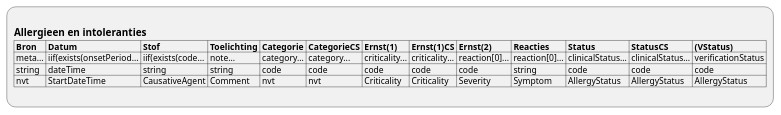
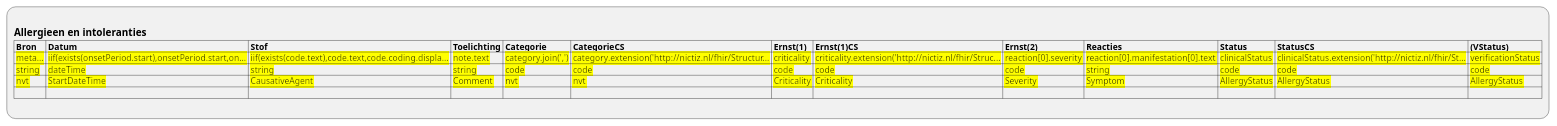
Before and after one commit to RIVO-Noord/zorgviewer-ig: the diagram in input/images-source/ViewDefinition-AllergyIntolerance.plantuml, drawn with PlantUML. The commit also changed 10 other files, not shown here.

```diff
--- a/input/images-source/ViewDefinition-AllergyIntolerance.plantuml
+++ b/input/images-source/ViewDefinition-AllergyIntolerance.plantuml
@@ -1,9 +1,10 @@
 @startuml ViewDefinition-AllergyIntolerance
 :
 == Allergieen en intoleranties
 |= Bron |= Datum |= Stof |= Toelichting |= Categorie |= CategorieCS |= Ernst(1) |= Ernst(1)CS |= Ernst(2) |= Reacties |= Status |= StatusCS |= (VStatus) |
-| meta... | iif(exists(onsetPeriod... | iif(exists(code... | note... | category... | category... | criticality... | criticality... | reaction[0]... | reaction[0]... | clinicalStatus... | clinicalStatus... | verificationStatus |
-| string | dateTime | string | string | code | code | code | code | code | string | code | code | code |
-| nvt | StartDateTime | CausativeAgent | Comment | nvt | nvt | Criticality | Criticality | Severity | Symptom | AllergyStatus | AllergyStatus | AllergyStatus |
+|<back:yellow> meta... |<back:yellow> iif(exists(onsetPeriod.start),onsetPeriod.start,on... |<back:yellow> iif(exists(code.text),code.text,code.coding.displa... |<back:yellow> note.text |<back:yellow> category.join(',') |<back:yellow> category.extension('http://nictiz.nl/fhir/Structur... |<back:yellow> criticality |<back:yellow> criticality.extension('http://nictiz.nl/fhir/Struc... |<back:yellow> reaction[0].severity |<back:yellow> reaction[0].manifestation[0].text |<back:yellow> clinicalStatus |<back:yellow> clinicalStatus.extension('http://nictiz.nl/fhir/St... |<back:yellow> verificationStatus |
+|<back:yellow> string |<back:yellow> dateTime |<back:yellow> string |<back:yellow> string |<back:yellow> code |<back:yellow> code |<back:yellow> code |<back:yellow> code |<back:yellow> code |<back:yellow> string |<back:yellow> code |<back:yellow> code |<back:yellow> code |
+|<back:yellow> nvt |<back:yellow> StartDateTime |<back:yellow> CausativeAgent |<back:yellow> Comment |<back:yellow> nvt |<back:yellow> nvt |<back:yellow> Criticality |<back:yellow> Criticality |<back:yellow> Severity |<back:yellow> Symptom |<back:yellow> AllergyStatus |<back:yellow> AllergyStatus |<back:yellow> AllergyStatus |
+| |
 ;
 @enduml
```
